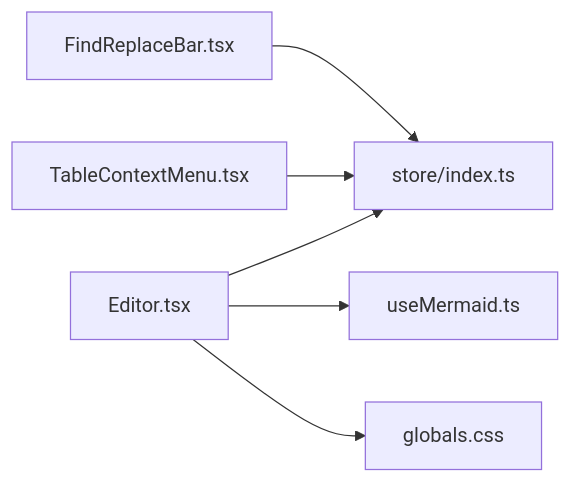
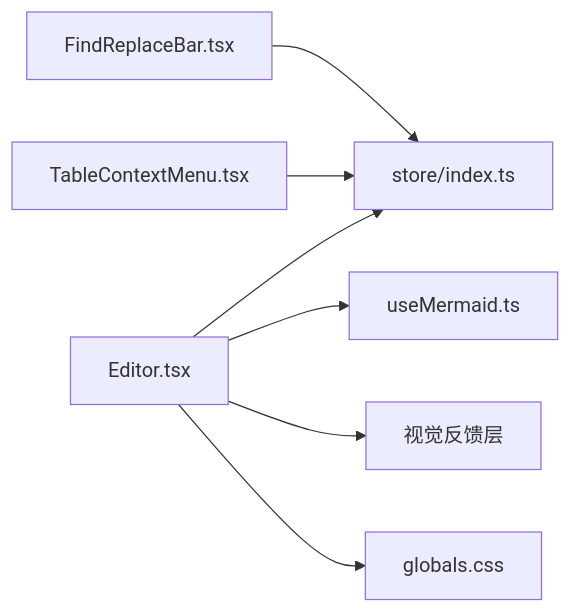
One commit to gongshiyun/ZenNote changed the seventh of 7 diagrams in .qoder/repowiki/zh/content/核心组件/编辑器组件.md. Above: the diagram before and after it, drawn with Mermaid. The commit also changed other lines of this file and 34 other files, not shown here.

````diff
--- a/.qoder/repowiki/zh/content/核心组件/编辑器组件.md
+++ b/.qoder/repowiki/zh/content/核心组件/编辑器组件.md
@@ -303,8 +314,9 @@
 ```mermaid
 graph LR
 E["Editor.tsx"] --> S["store/index.ts"]
 E --> M["useMermaid.ts"]
+E --> V["视觉反馈层"]
 F["FindReplaceBar.tsx"] --> S
 T["TableContextMenu.tsx"] --> S
 E --> C["globals.css"]
 ```
````
